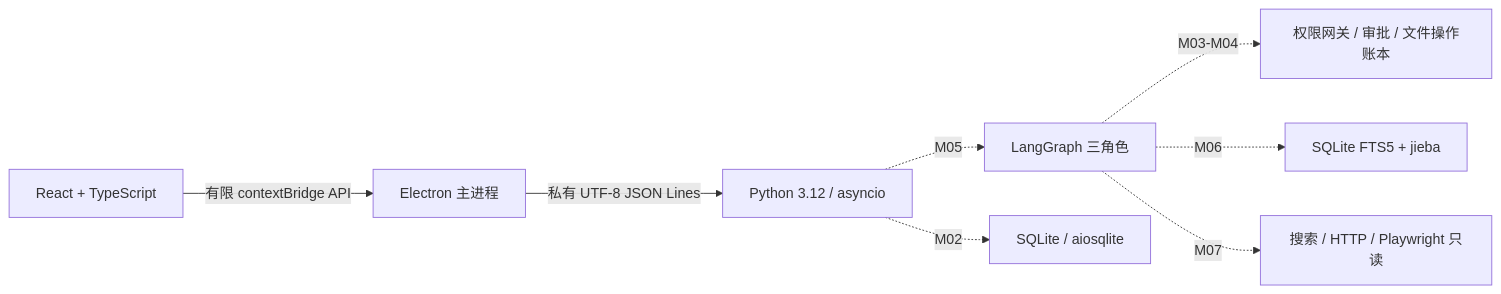
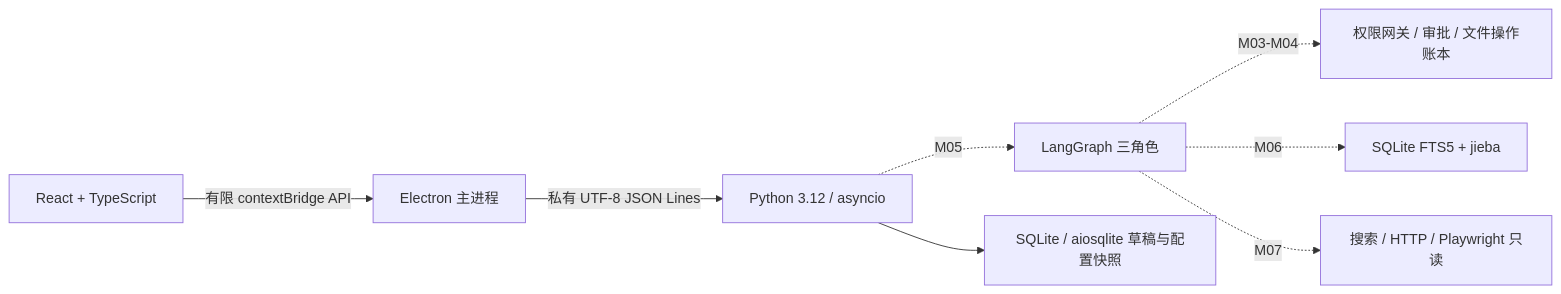
The diagram in docs/ARCHITECTURE.md (Kr1sxu/Orvia), drawn with Mermaid before and after one commit. The commit also changed other lines of this file and 47 other files, not shown here.

````diff
--- a/docs/ARCHITECTURE.md
+++ b/docs/ARCHITECTURE.md
@@ -8,10 +8,10 @@
 ```mermaid
 flowchart LR
   UI[React + TypeScript] -->|有限 contextBridge API| MainProcess[Electron 主进程]
   MainProcess -->|私有 UTF-8 JSON Lines| Python[Python 3.12 / asyncio]
   Python -. M05 .-> Graph[LangGraph 三角色]
-  Python -. M02 .-> DB[SQLite / aiosqlite]
+  Python --> DB[SQLite / aiosqlite 草稿与配置快照]
   Graph -. M03-M04 .-> Gate[权限网关 / 审批 / 文件操作账本]
   Graph -. M06 .-> RAG[SQLite FTS5 + jieba]
   Graph -. M07 .-> Web[搜索 / HTTP / Playwright 只读]
 ```
````
